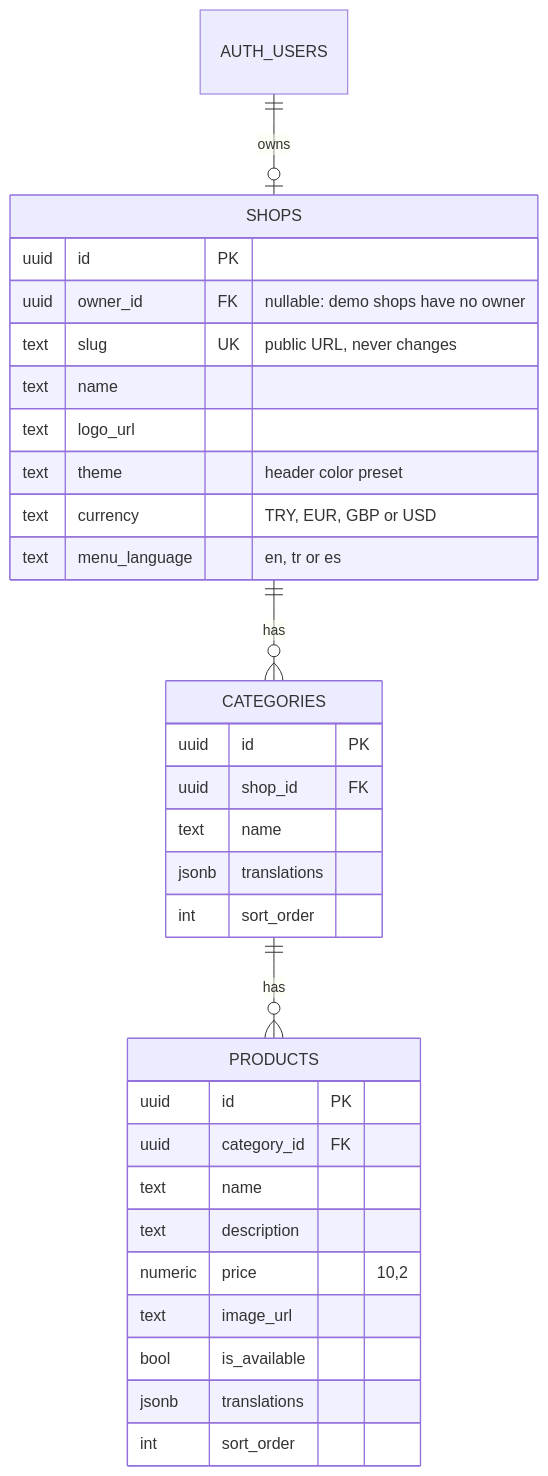
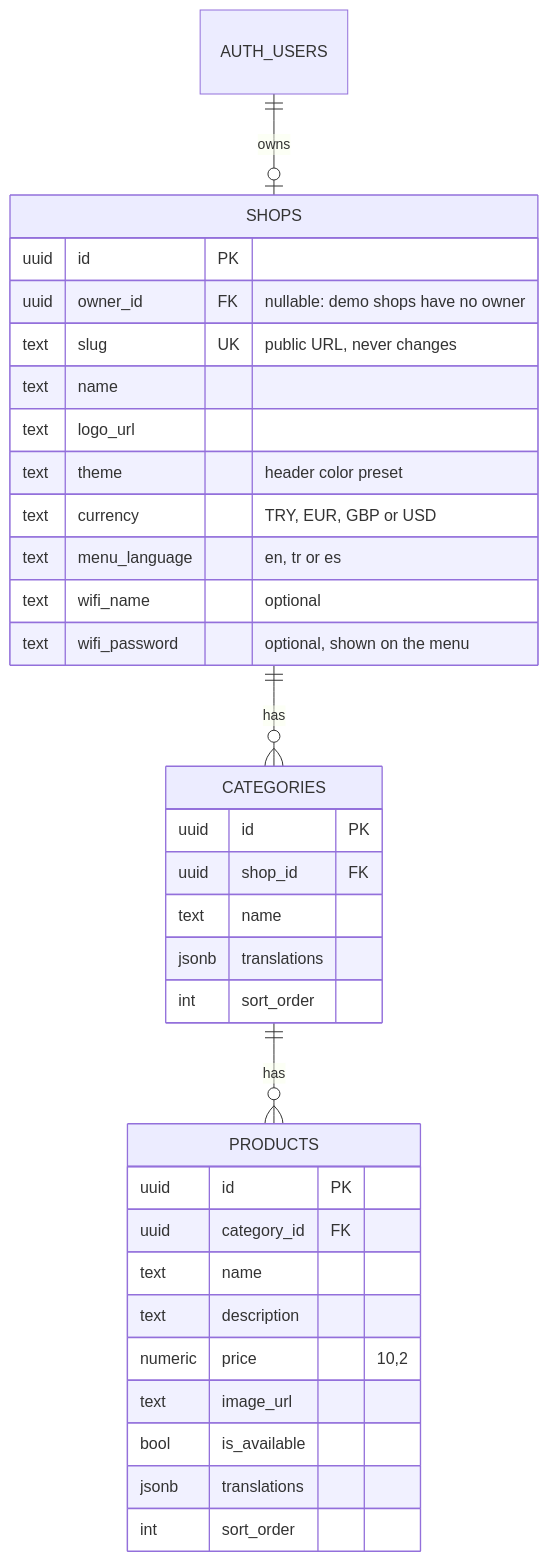
Before and after one commit to huseyincansoylu/okut: the second of 2 diagrams in README.md, drawn with Mermaid. The commit also changed other lines of this file, not shown here.

````diff
--- a/README.md
+++ b/README.md
@@ -72,35 +73,37 @@
 ```mermaid
 erDiagram
     AUTH_USERS ||--o| SHOPS : owns
     SHOPS ||--o{ CATEGORIES : has
     CATEGORIES ||--o{ PRODUCTS : has
 
     SHOPS {
         uuid id PK
         uuid owner_id FK "nullable: demo shops have no owner"
         text slug UK "public URL, never changes"
         text name
         text logo_url
         text theme "header color preset"
         text currency "TRY, EUR, GBP or USD"
         text menu_language "en, tr or es"
+        text wifi_name "optional"
+        text wifi_password "optional, shown on the menu"
     }
     CATEGORIES {
         uuid id PK
         uuid shop_id FK
         text name
         jsonb translations
         int sort_order
     }
     PRODUCTS {
         uuid id PK
         uuid category_id FK
         text name
         text description
         numeric price "10,2"
         text image_url
         bool is_available
         jsonb translations
         int sort_order
     }
 ```
````
